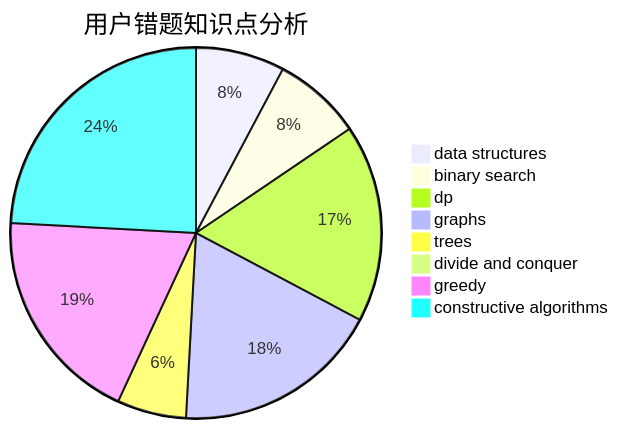
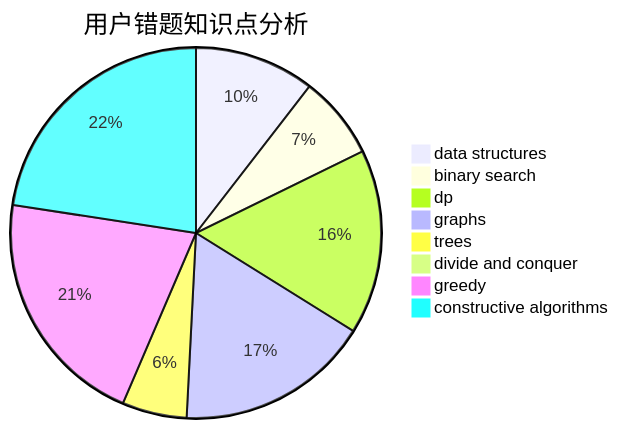
The third of 3 diagrams in docs/user/u777.md (sherpahu/cfrs.github.io), drawn with Mermaid before and after one commit. The commit also changed other lines of this file and 2770 other files, not shown here.

````diff
--- a/docs/user/u777.md
+++ b/docs/user/u777.md
@@ -36,11 +36,11 @@
 ```mermaid
 pie title 用户错题知识点分析
-    "data structures" :  9
+    "data structures" :  13
     "binary search" :  9
     "dp" :  20
     "graphs" :  21
     "trees" :  7
     "divide and conquer" :  1
-    "greedy" :  22
+    "greedy" :  26
     "constructive algorithms" :  28
 ```
````
